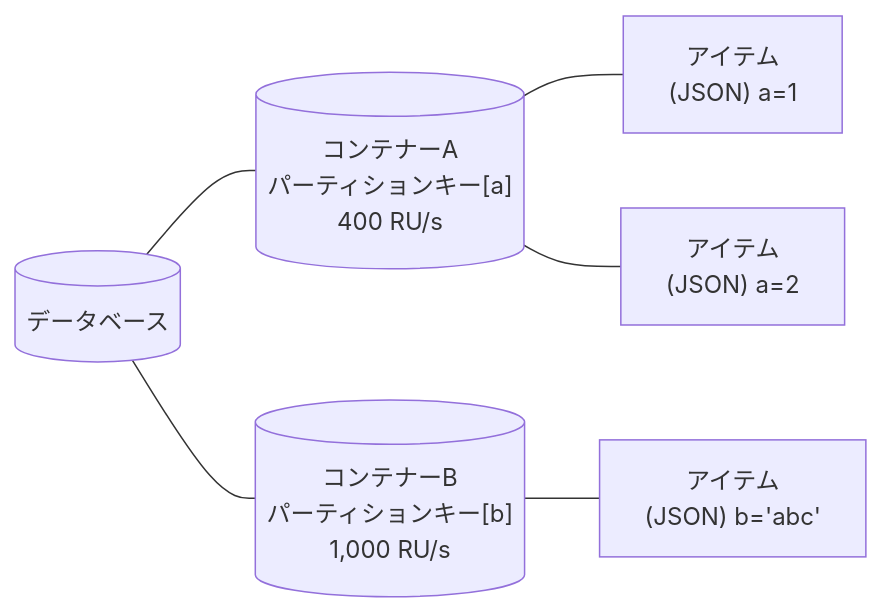
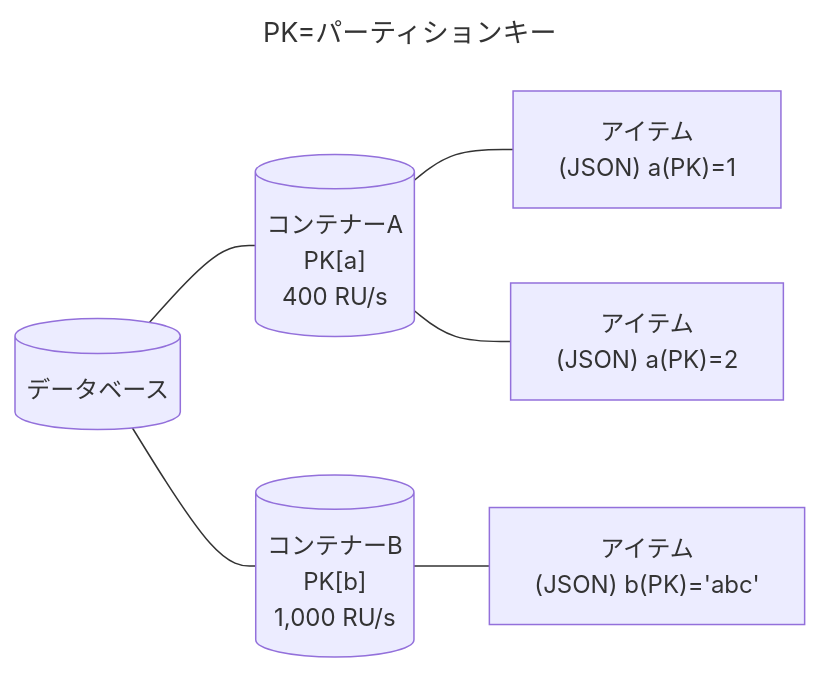
The first of 4 diagrams in readme.md (tahayaka-microsoft/CosmosDB-ChangeFeed-Functions), drawn with Mermaid before and after one commit. The commit also changed other lines of this file, not shown here.

````diff
--- a/readme.md
+++ b/readme.md
@@ -159,15 +167,18 @@
 ```mermaid
+---
+title: PK=パーティションキー
+---
 graph LR
     A[(データベース)] --- B[("コンテナーA
-    パーティションキー[a]
+    PK[a]
     400 RU/s")]
     A --- C[("コンテナーB
-    パーティションキー[b]
+    PK[b]
     1,000 RU/s")]
     C --- E["アイテム
-    (JSON) b='abc'"]
+    (JSON) b(PK)='abc'"]
     B --- D["アイテム
-    (JSON) a=1"]
+    (JSON) a(PK)=1"]
     B --- F["アイテム
-    (JSON) a=2"]
+    (JSON) a(PK)=2"]
 ```
````
